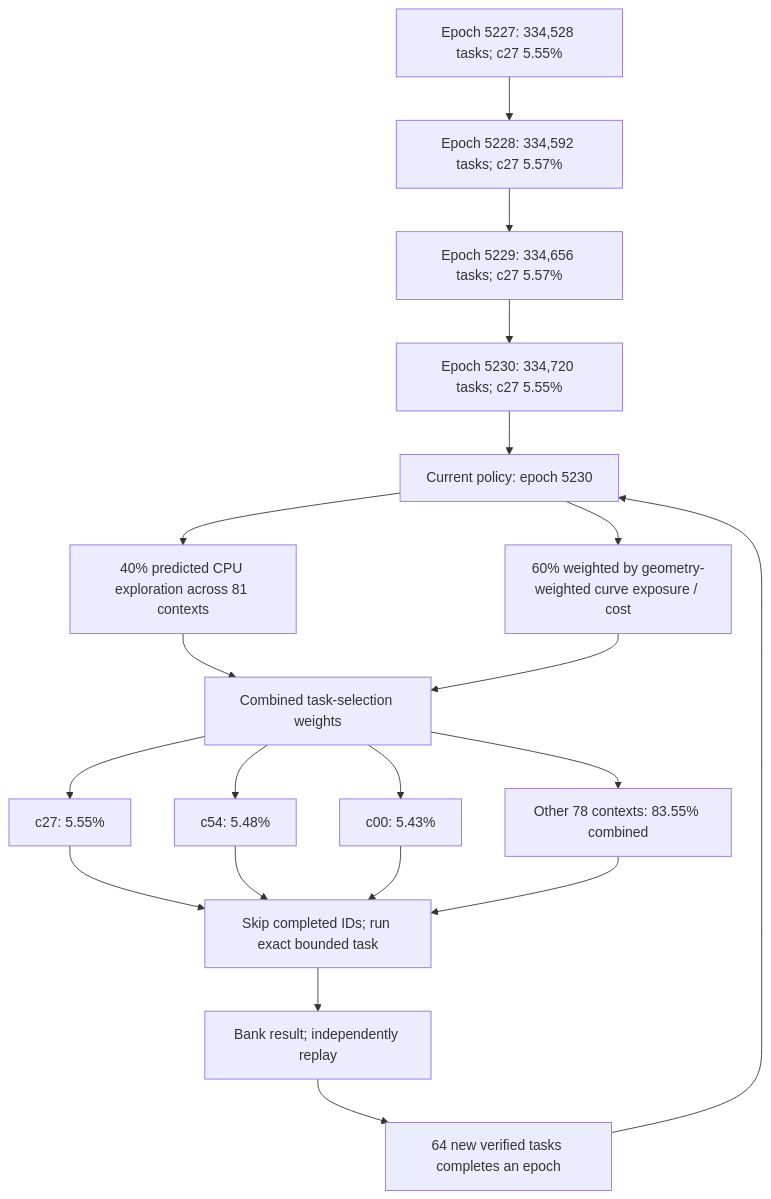
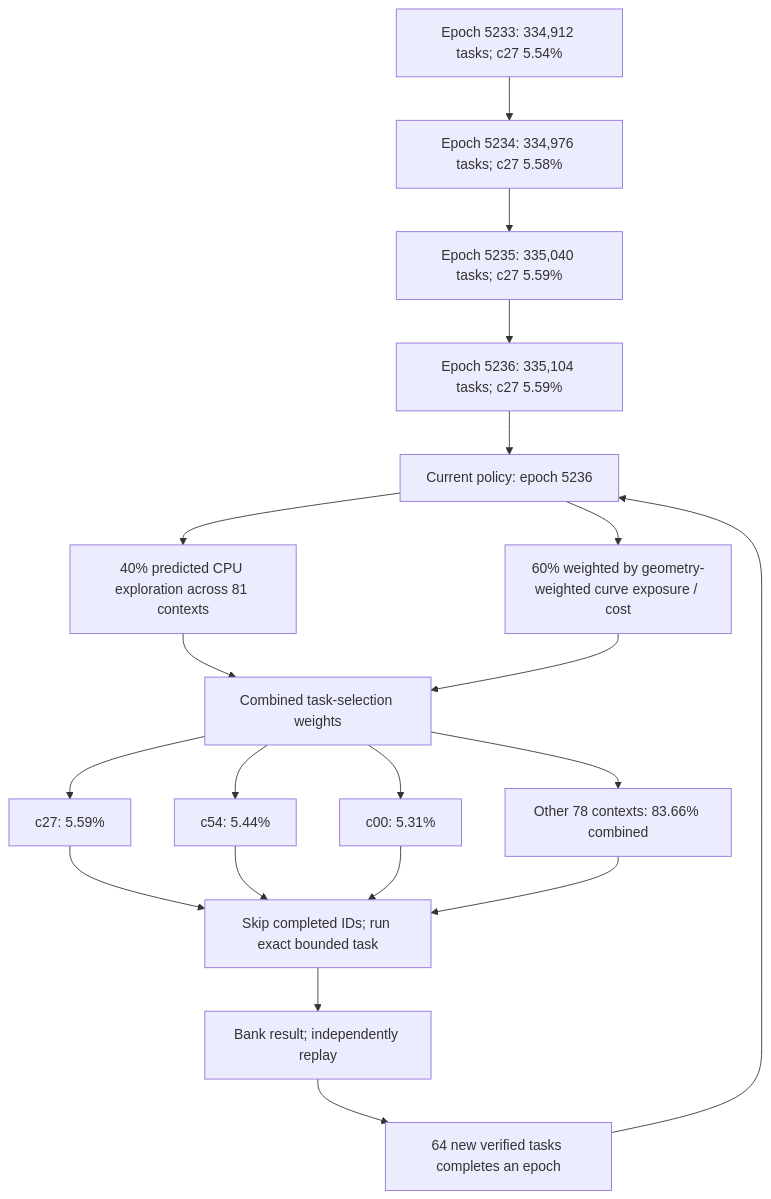
The first of 3 diagrams in README.md (Kuberwastaken/math-gambling), drawn with Mermaid before and after one commit. The commit also changed other lines of this file and 1252 other files, not shown here.

````diff
--- a/README.md
+++ b/README.md
@@ -60,27 +60,27 @@
 ```mermaid
 flowchart TD
-    H0["Epoch 5227: 334,528 tasks; c27 5.55%"]
-    H1["Epoch 5228: 334,592 tasks; c27 5.57%"]
+    H0["Epoch 5233: 334,912 tasks; c27 5.54%"]
+    H1["Epoch 5234: 334,976 tasks; c27 5.58%"]
     H0 --> H1
-    H2["Epoch 5229: 334,656 tasks; c27 5.57%"]
+    H2["Epoch 5235: 335,040 tasks; c27 5.59%"]
     H1 --> H2
-    H3["Epoch 5230: 334,720 tasks; c27 5.55%"]
+    H3["Epoch 5236: 335,104 tasks; c27 5.59%"]
     H2 --> H3
-    Policy["Current policy: epoch 5230"]
+    Policy["Current policy: epoch 5236"]
     H3 --> Policy
     Policy --> Explore["40% predicted CPU exploration across 81 contexts"]
     Policy --> Cost["60% weighted by geometry-weighted curve exposure / cost"]
     Explore --> Mix["Combined task-selection weights"]
     Cost --> Mix
-    Mix --> C0["c27: 5.55%"]
-    Mix --> C1["c54: 5.48%"]
-    Mix --> C2["c00: 5.43%"]
-    Mix --> Rest["Other 78 contexts: 83.55% combined"]
+    Mix --> C0["c27: 5.59%"]
+    Mix --> C1["c54: 5.44%"]
+    Mix --> C2["c00: 5.31%"]
+    Mix --> Rest["Other 78 contexts: 83.66% combined"]
     C0 --> Check["Skip completed IDs; run exact bounded task"]
     C1 --> Check
     C2 --> Check
     Rest --> Check
     Check --> Replay["Bank result; independently replay"]
     Replay --> Gate["64 new verified tasks completes an epoch"]
     Gate --> Policy
 ```
````
